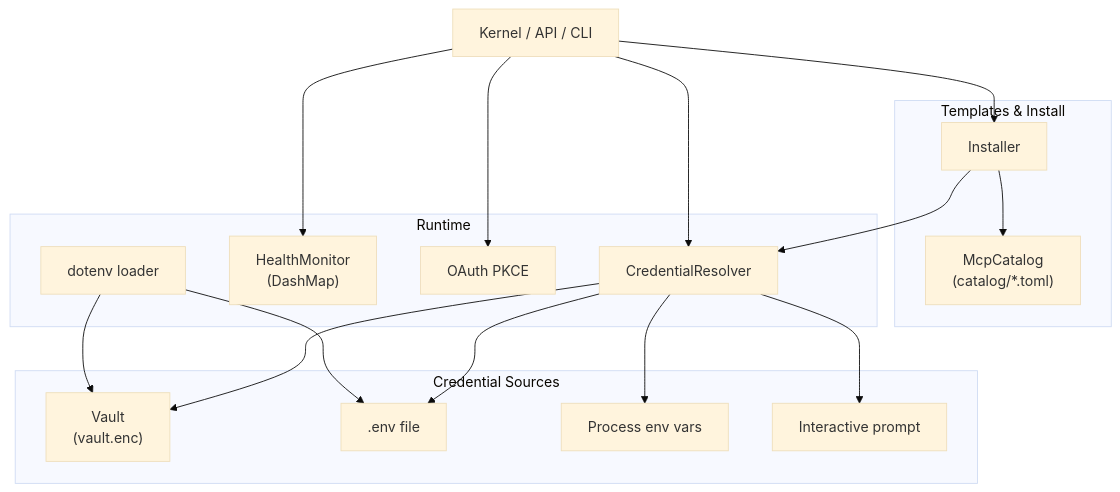
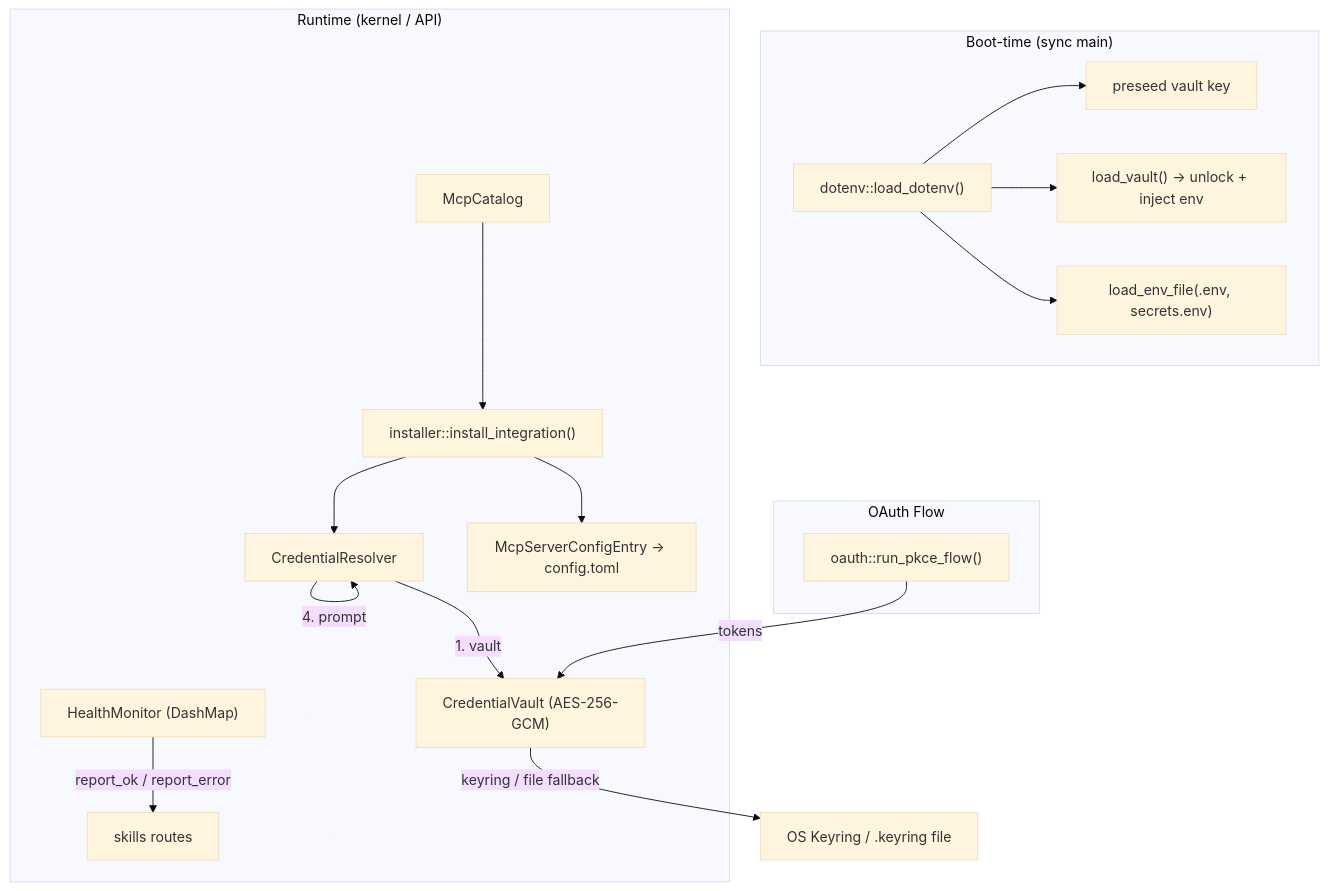
The diagram in extensions-vault.md (leszek3737/librefang-WIki), drawn with Mermaid (base theme) before and after one commit. The commit also changed other lines of this file and 119 other files, not shown here.

````diff
--- a/extensions-vault.md
+++ b/extensions-vault.md
@@ -13,35 +9,27 @@
 ```mermaid
 graph TD
-    subgraph "Credential Sources"
-        V["Vault<br/>(vault.enc)"]
-        DE[".env file"]
-        EV["Process env vars"]
-        IP["Interactive prompt"]
+    subgraph "Boot-time (sync main)"
+        DOTENV["dotenv::load_dotenv()"]
+        DOTENV --> PRE["preseed vault key"]
+        DOTENV --> VL["load_vault() → unlock + inject env"]
+        DOTENV --> EF["load_env_file(.env, secrets.env)"]
     end
 
-    subgraph "Templates & Install"
-        CAT["McpCatalog<br/>(catalog/*.toml)"]
-        INST["Installer"]
+    subgraph "Runtime (kernel / API)"
+        CATALOG["McpCatalog"] --> INST["installer::install_integration()"]
+        INST --> CR["CredentialResolver"]
+        CR -->|1. vault| V["CredentialVault (AES-256-GCM)"]
+        CR -->|2. dotenv cache| CR
+        CR -->|3. env var| CR
+        CR -->|4. prompt| CR
+        INST --> CONFIG["McpServerConfigEntry → config.toml"]
+        HM["HealthMonitor (DashMap)"] -->|report_ok / report_error| ROUTES["skills routes"]
     end
 
-    subgraph "Runtime"
-        CR["CredentialResolver"]
-        HM["HealthMonitor<br/>(DashMap)"]
-        OA["OAuth PKCE"]
-        DT["dotenv loader"]
+    subgraph "OAuth Flow"
+        OAUTH["oauth::run_pkce_flow()"]
+        OAUTH -->|tokens| V
     end
 
-    CR --> V
-    CR --> DE
-    CR --> EV
-    CR --> IP
-    INST --> CAT
-    INST --> CR
-    DT --> V
-    DT --> DE
-
-    KERNEL["Kernel / API / CLI"] --> INST
-    KERNEL --> HM
-    KERNEL --> CR
-    KERNEL --> OA
+    V -->|keyring / file fallback| OSKR["OS Keyring / .keyring file"]
 ```
````
